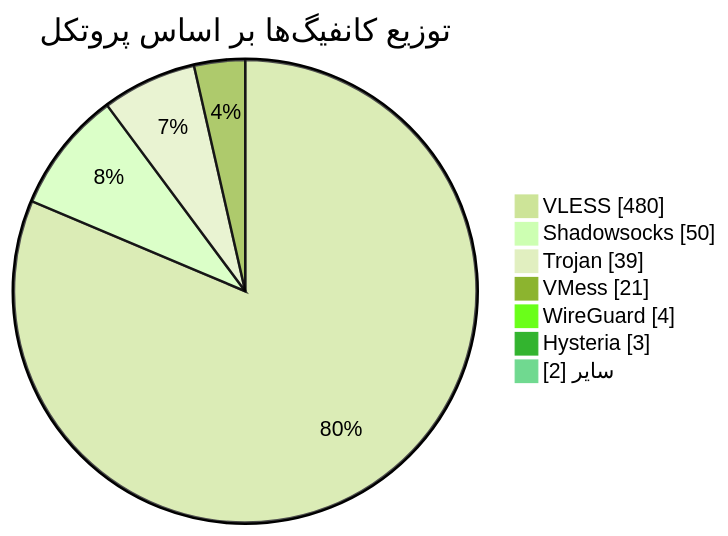
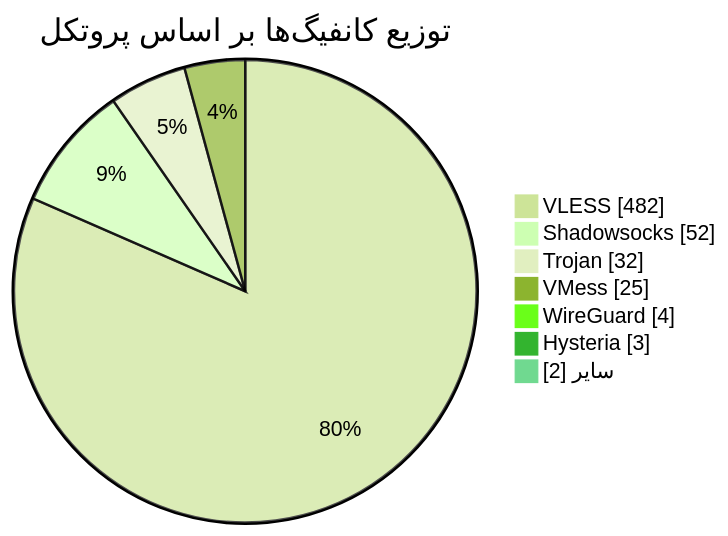
One commit to Arian-Alijani/Somthing changed the diagram in README.md. Above: the diagram before and after it, drawn with Mermaid (forest theme). The commit also changed other lines of this file and 15 other files, not shown here.

````diff
--- a/README.md
+++ b/README.md
@@ -49,11 +49,11 @@
 ```mermaid
 pie showData
     title توزیع کانفیگ‌ها بر اساس پروتکل
-    "VLESS" : 480
-    "Shadowsocks" : 50
-    "Trojan" : 39
-    "VMess" : 21
+    "VLESS" : 482
+    "Shadowsocks" : 52
+    "Trojan" : 32
+    "VMess" : 25
     "WireGuard" : 4
     "Hysteria" : 3
     "سایر" : 2
 ```
````
